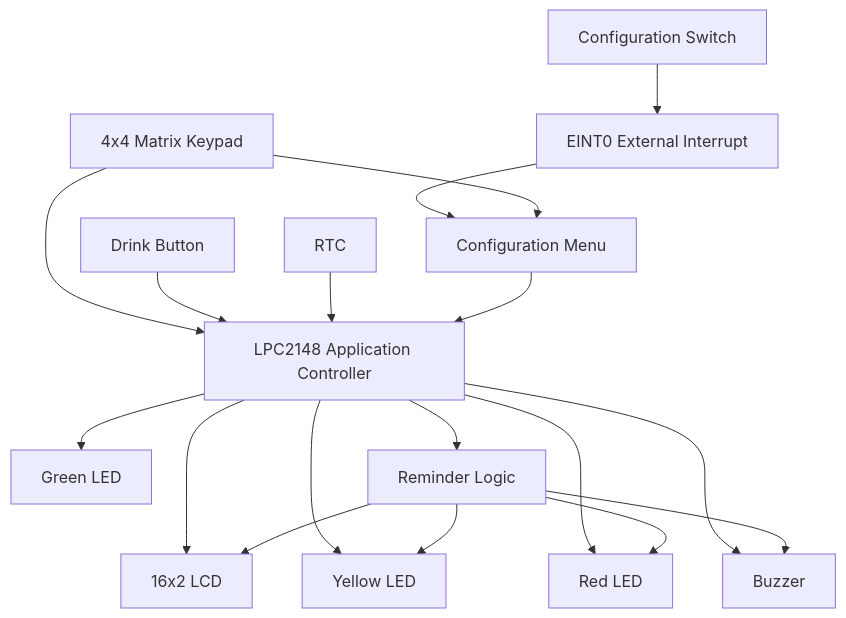
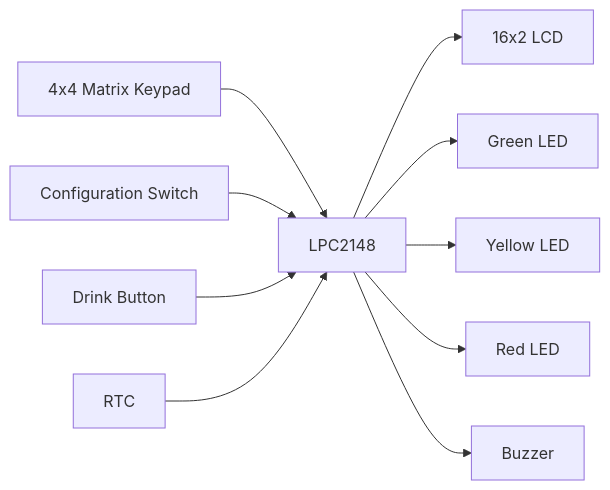
One commit to JoelUghade/AquaGuardian-Smart-Water-Drinking-Reminder-System- changed the first of 3 diagrams in README.md. Above: the diagram before and after it, drawn with Mermaid. The commit also changed other lines of this file, not shown here.

````diff
--- a/README.md
+++ b/README.md
@@ -101,25 +107,13 @@
 ```mermaid
-flowchart TD
-    KP[4x4 Matrix Keypad] --> APP
-    SW[Configuration Switch] --> INT[EINT0 External Interrupt]
-    DR[Drink Button] --> APP
+flowchart LR
+    KP[4x4 Matrix Keypad] --> MCU[LPC2148]
+    SW[Configuration Switch] --> MCU
+    DB[Drink Button] --> MCU
+    RTC[RTC] --> MCU
 
-    RTC[RTC] --> APP
-    INT --> MENU[Configuration Menu]
-    KP --> MENU
-
-    APP[LPC2148 Application Controller]
-    MENU --> APP
-
-    APP --> LCD[16x2 LCD]
-    APP --> LEDG[Green LED]
-    APP --> LEDY[Yellow LED]
-    APP --> LEDR[Red LED]
-    APP --> BUZ[Buzzer]
-
-    APP --> REM[Reminder Logic]
-    REM --> LCD
-    REM --> LEDY
-    REM --> LEDR
-    REM --> BUZ
+    MCU --> LCD[16x2 LCD]
+    MCU --> GL[Green LED]
+    MCU --> YL[Yellow LED]
+    MCU --> RL[Red LED]
+    MCU --> BZ[Buzzer]
 ```
````
